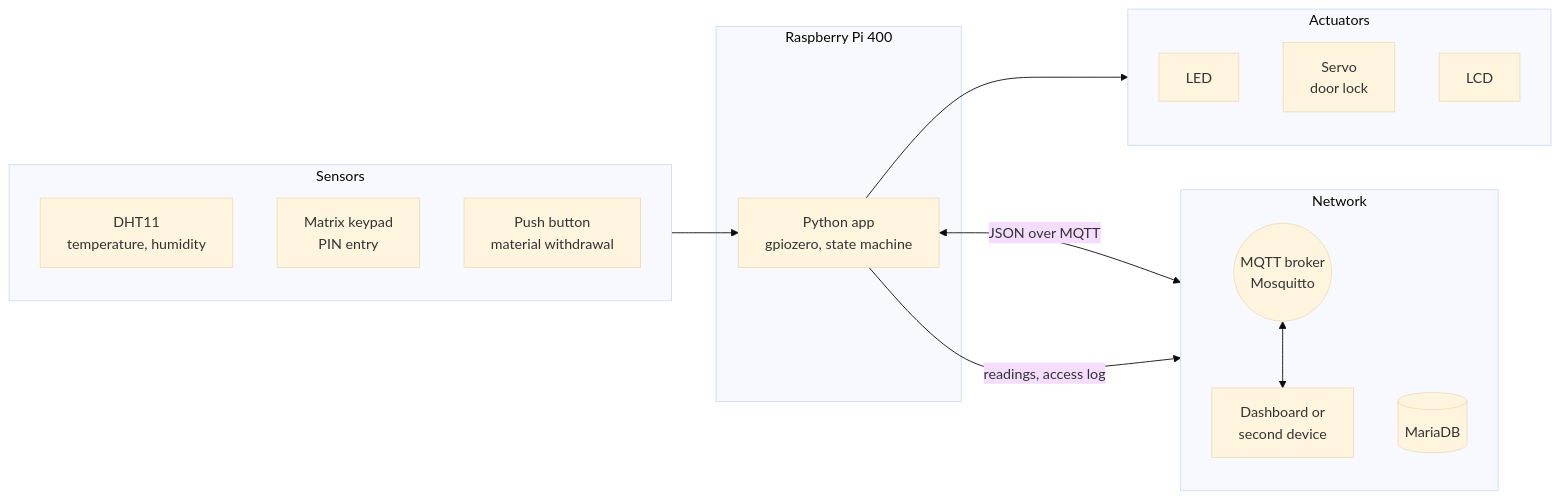
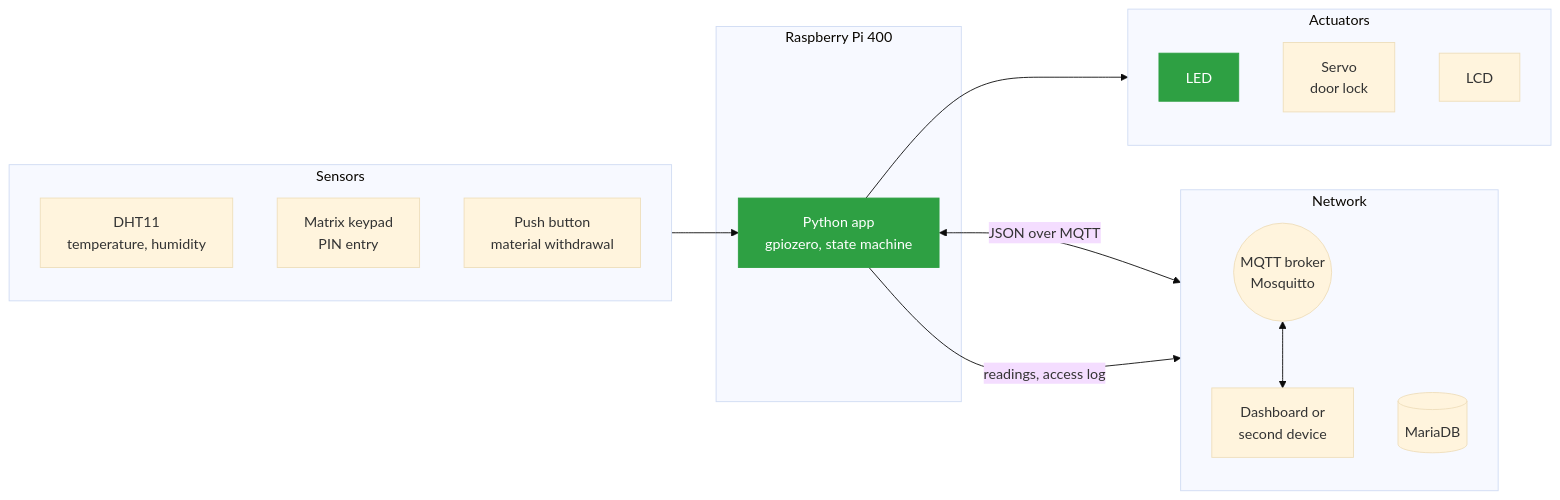
The first of 4 diagrams in README.md (philmay1/lf07-cyber-physische-systeme), drawn with Mermaid (base theme) before and after one commit. The commit also changed other lines of this file and 1 other file, not shown here.

````diff
--- a/README.md
+++ b/README.md
@@ -70,33 +94,36 @@
 ```mermaid
 flowchart LR
     subgraph sensors["Sensors"]
         direction TB
         S1["DHT11<br>temperature, humidity"]
         S2["Matrix keypad<br>PIN entry"]
         S3["Push button<br>material withdrawal"]
     end
 
     subgraph pi["Raspberry Pi 400"]
         P["Python app<br>gpiozero, state machine"]
     end
 
     subgraph actuators["Actuators"]
         direction TB
         A1["LED"]
         A2["Servo<br>door lock"]
         A3["LCD"]
     end
 
     subgraph net["Network"]
         direction TB
         B(("MQTT broker<br>Mosquitto"))
         C["Dashboard or<br>second device"]
         D[("MariaDB")]
     end
 
     sensors --> P
     P --> actuators
     P <-->|"JSON over MQTT"| B
     B <--> C
     P -->|"readings, access log"| D
+
+    classDef done fill:#2ea043,stroke:#2ea043,color:#fff
+    class A1,P done
 ```
````
